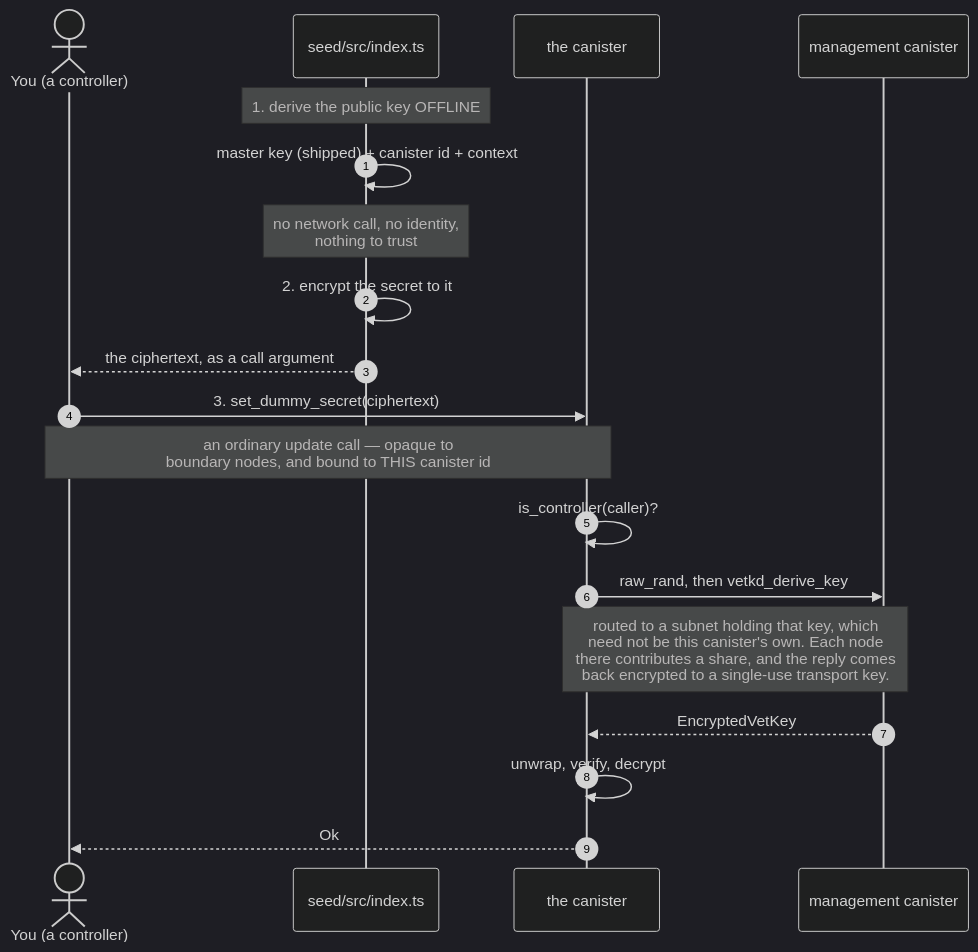
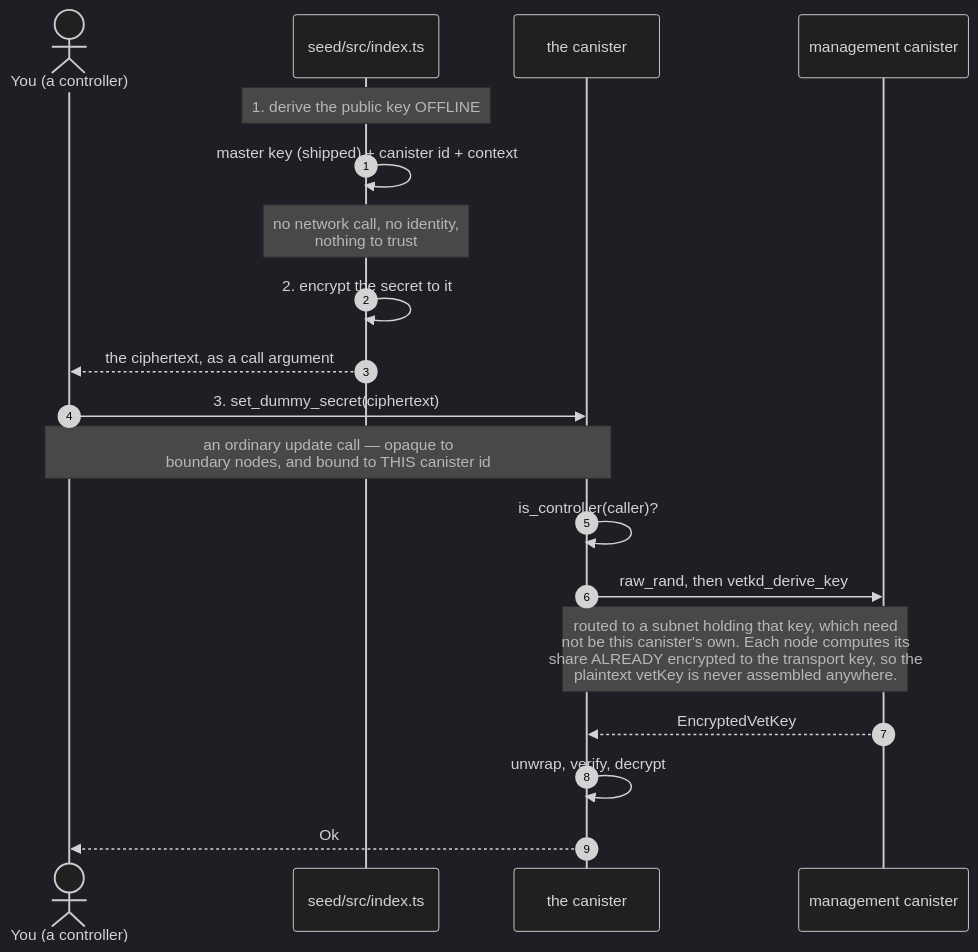
Before and after one commit to marc0olo/icp-seeding-secrets-poc: the diagram in README.md, drawn with Mermaid (dark theme). The commit also changed other lines of this file and 1 other file, not shown here.

First line of the commit message:
explain EncryptedVetKey in the README

````diff
--- a/README.md
+++ b/README.md
@@ -59,25 +59,25 @@
 ```mermaid
 sequenceDiagram
     autonumber
     actor Dev as You (a controller)
     participant Script as seed/src/index.ts
     participant Can as the canister
     participant Mgmt as management canister
 
     Note over Script: 1. derive the public key OFFLINE
     Script->>Script: master key (shipped) + canister id + context
     Note over Script: no network call, no identity,<br/>nothing to trust
 
     Script->>Script: 2. encrypt the secret to it
     Script-->>Dev: the ciphertext, as a call argument
 
     Dev->>Can: 3. set_dummy_secret(ciphertext)
     Note over Dev,Can: an ordinary update call — opaque to<br/>boundary nodes, and bound to THIS canister id
     Can->>Can: is_controller(caller)?
 
     Can->>Mgmt: raw_rand, then vetkd_derive_key
-    Note over Can,Mgmt: routed to a subnet holding that key, which<br/>need not be this canister's own. Each node<br/>there contributes a share, and the reply comes<br/>back encrypted to a single-use transport key.
+    Note over Can,Mgmt: routed to a subnet holding that key, which need<br/>not be this canister's own. Each node computes its<br/>share ALREADY encrypted to the transport key, so the<br/>plaintext vetKey is never assembled anywhere.
     Mgmt-->>Can: EncryptedVetKey
     Can->>Can: unwrap, verify, decrypt
     Can-->>Dev: Ok
 ```
````
